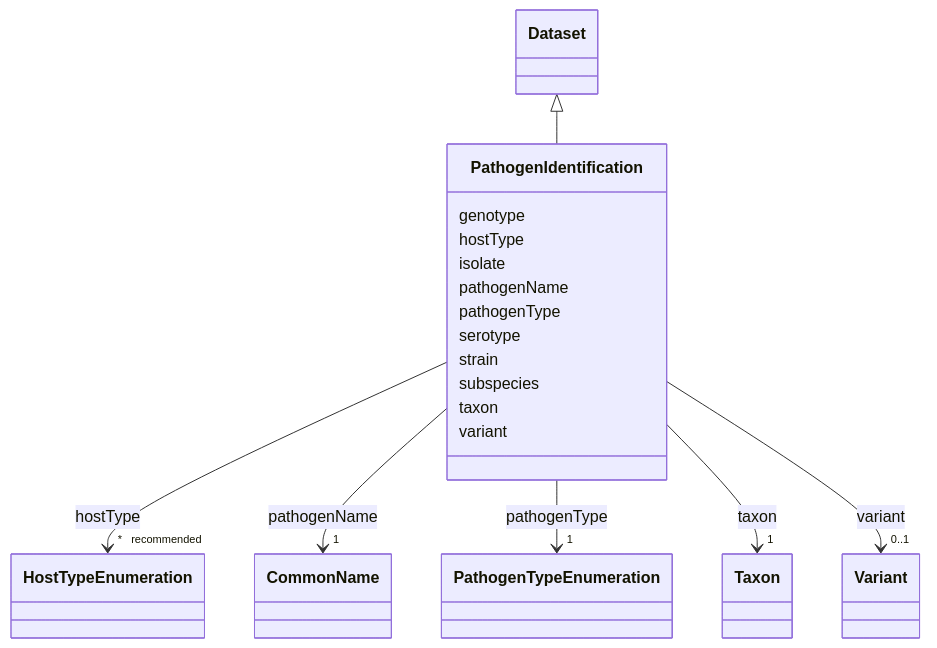
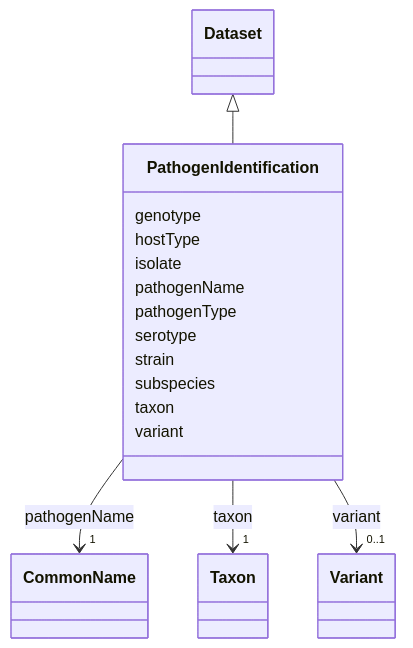
One commit to EVORA-project/evora-ontology changed the diagram in models/docs/PathogenIdentification.md. Above: the diagram before and after it, drawn with Mermaid. The commit also changed other lines of this file and 462 other files, not shown here.

````diff
--- a/models/docs/PathogenIdentification.md
+++ b/models/docs/PathogenIdentification.md
@@ -19,64 +19,50 @@
 ```mermaid
  classDiagram
     class PathogenIdentification
     click PathogenIdentification href "../PathogenIdentification"
       Dataset <|-- PathogenIdentification
         click Dataset href "../Dataset"
       
       PathogenIdentification : genotype
         
       PathogenIdentification : hostType
-        
-          
-    
-    
-    PathogenIdentification --> "* _recommended_" HostTypeEnumeration : hostType
-    click HostTypeEnumeration href "../HostTypeEnumeration"
-
         
       PathogenIdentification : isolate
         
       PathogenIdentification : pathogenName
         
           
     
     
     PathogenIdentification --> "1" CommonName : pathogenName
     click CommonName href "../CommonName"
 
         
       PathogenIdentification : pathogenType
-        
-          
-    
-    
-    PathogenIdentification --> "1" PathogenTypeEnumeration : pathogenType
-    click PathogenTypeEnumeration href "../PathogenTypeEnumeration"
-
         
       PathogenIdentification : serotype
         
       PathogenIdentification : strain
         
       PathogenIdentification : subspecies
         
       PathogenIdentification : taxon
         
           
     
     
     PathogenIdentification --> "1" Taxon : taxon
     click Taxon href "../Taxon"
 
         
       PathogenIdentification : variant
         
           
     
     
     PathogenIdentification --> "0..1" Variant : variant
     click Variant href "../Variant"
 
         
       
 ```
````
